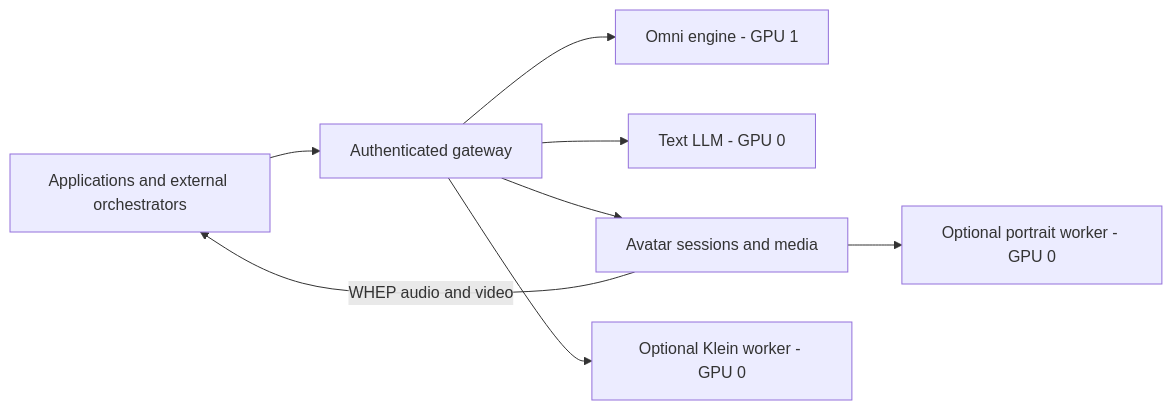
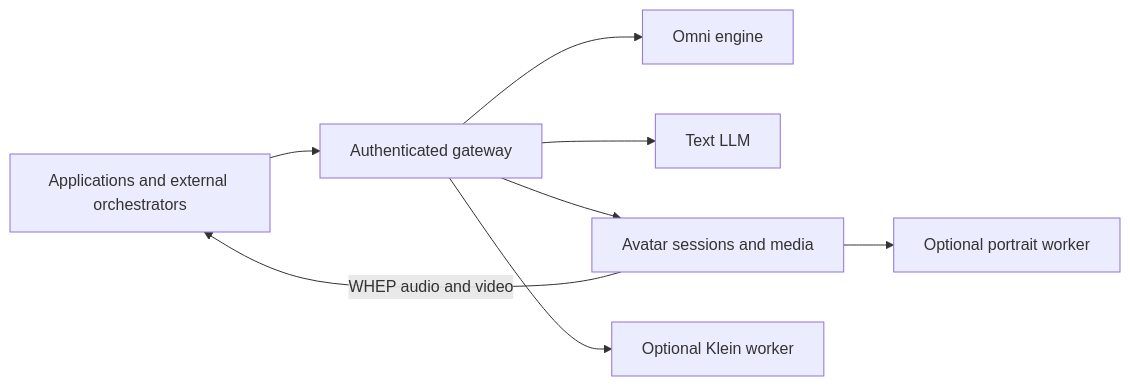
Before and after one commit to 4everWZ/omni-avatar-api: the diagram in docs/architecture.md, drawn with Mermaid. The commit also changed other lines of this file and 1 other file, not shown here.

Commit message:
docs: record runtime layer reuse and qualification results

````diff
--- a/docs/architecture.md
+++ b/docs/architecture.md
@@ -5,10 +5,10 @@
 ```mermaid
 flowchart LR
     Client[Applications and external orchestrators] --> Gateway[Authenticated gateway]
-    Gateway --> Omni[Omni engine - GPU 1]
-    Gateway --> LLM[Text LLM - GPU 0]
+    Gateway --> Omni[Omni engine]
+    Gateway --> LLM[Text LLM]
     Gateway --> Avatar[Avatar sessions and media]
-    Avatar --> Portrait[Optional portrait worker - GPU 0]
-    Gateway --> Images[Optional Klein worker - GPU 0]
+    Avatar --> Portrait[Optional portrait worker]
+    Gateway --> Images[Optional Klein worker]
     Avatar -->|WHEP audio and video| Client
 ```
````
